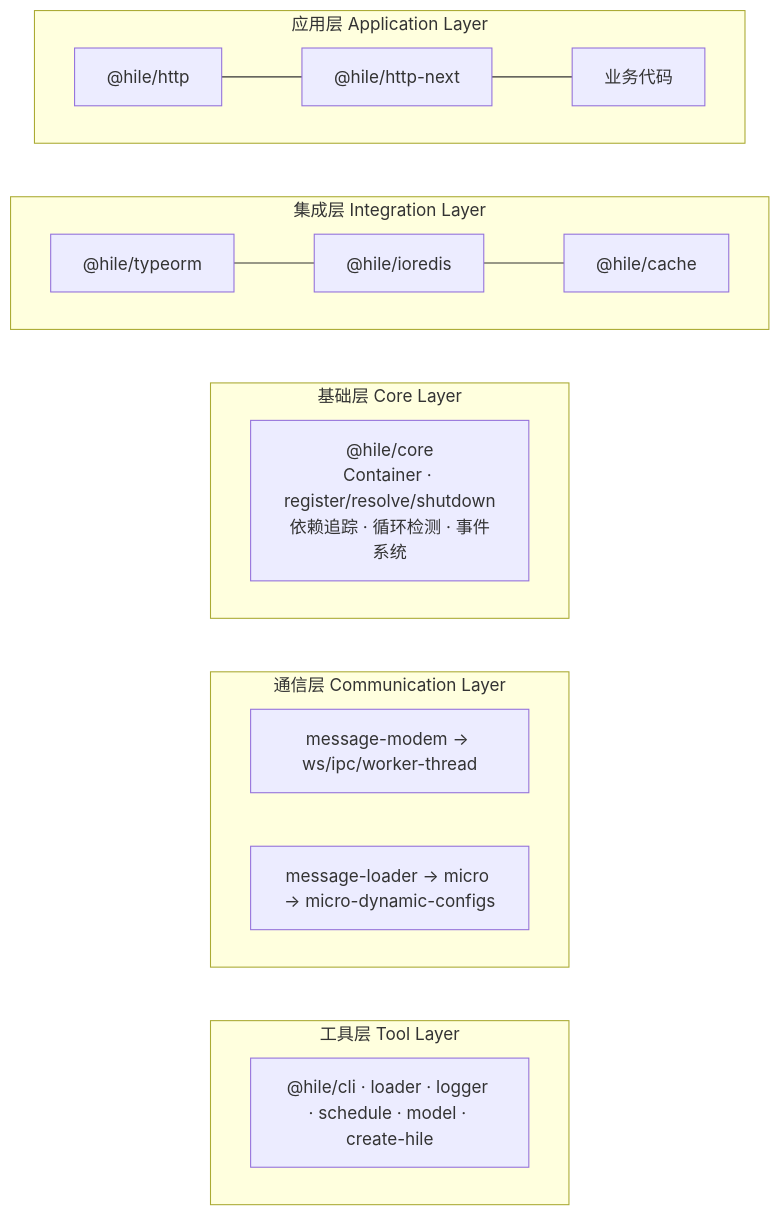
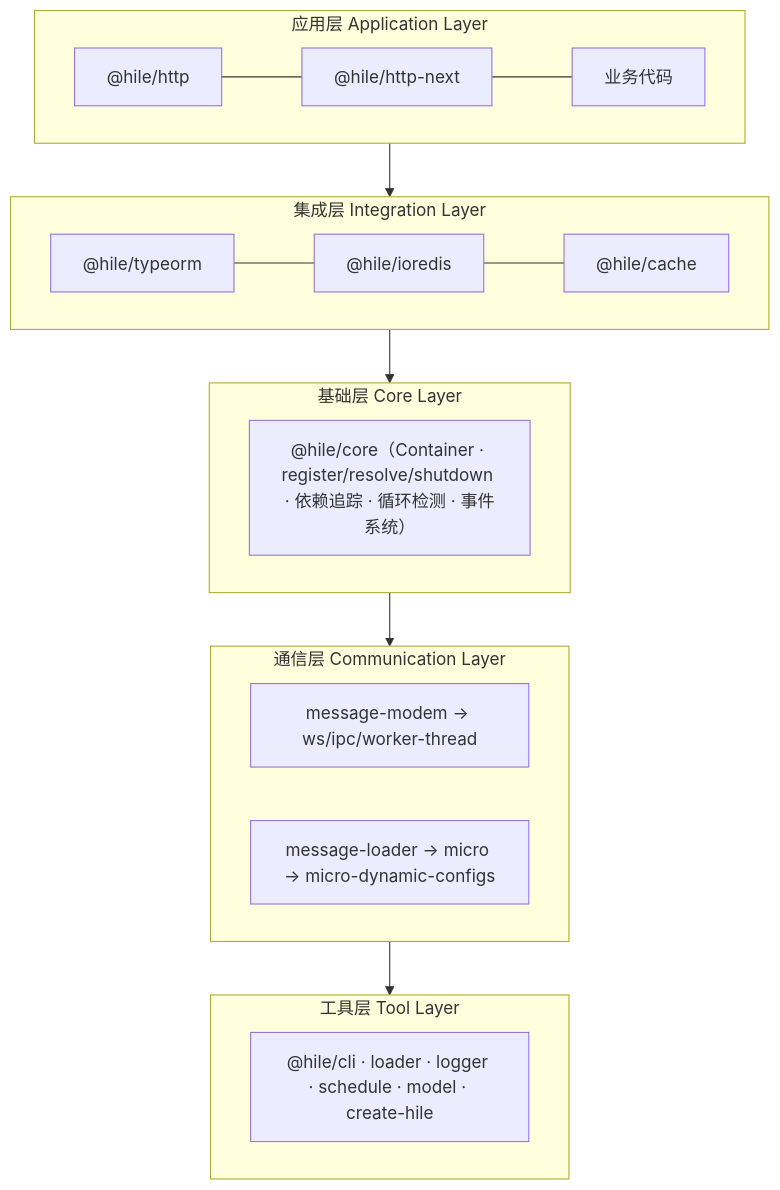
One commit to cevio/hile changed the diagram in docs/architecture.mdx. Above: the diagram before and after it, drawn with Mermaid.

Commit message:
fix: remove ~~~ invisible edges in architecture mermaid
~~~ syntax is Mermaid 10.5+ only, not supported by Mintlify renderer.
Replace with standard --> edges between subgraphs.

````diff
--- a/docs/architecture.mdx
+++ b/docs/architecture.mdx
@@ -12,24 +12,24 @@
 ```mermaid
 flowchart TB
-  subgraph app["  应用层 Application Layer  "]
+  subgraph app["应用层 Application Layer"]
     direction LR
     a1["@hile/http"] --- a2["@hile/http-next"] --- a3["业务代码"]
   end
-  subgraph integration["  集成层 Integration Layer  "]
+  subgraph integration["集成层 Integration Layer"]
     direction LR
     i1["@hile/typeorm"] --- i2["@hile/ioredis"] --- i3["@hile/cache"]
   end
-  subgraph core["  基础层 Core Layer  "]
-    c1["@hile/core<br/>Container · register/resolve/shutdown<br/>依赖追踪 · 循环检测 · 事件系统"]
+  subgraph core["基础层 Core Layer"]
+    c1["@hile/core（Container · register/resolve/shutdown · 依赖追踪 · 循环检测 · 事件系统）"]
   end
-  subgraph comm["  通信层 Communication Layer  "]
+  subgraph comm["通信层 Communication Layer"]
     direction LR
     m1["message-modem → ws/ipc/worker-thread"]
     m2["message-loader → micro → micro-dynamic-configs"]
   end
-  subgraph tool["  工具层 Tool Layer  "]
+  subgraph tool["工具层 Tool Layer"]
     direction LR
     t1["@hile/cli · loader · logger · schedule · model · create-hile"]
   end
-  app ~~~ integration ~~~ core ~~~ comm ~~~ tool
+  app --> integration --> core --> comm --> tool
 ```
````
